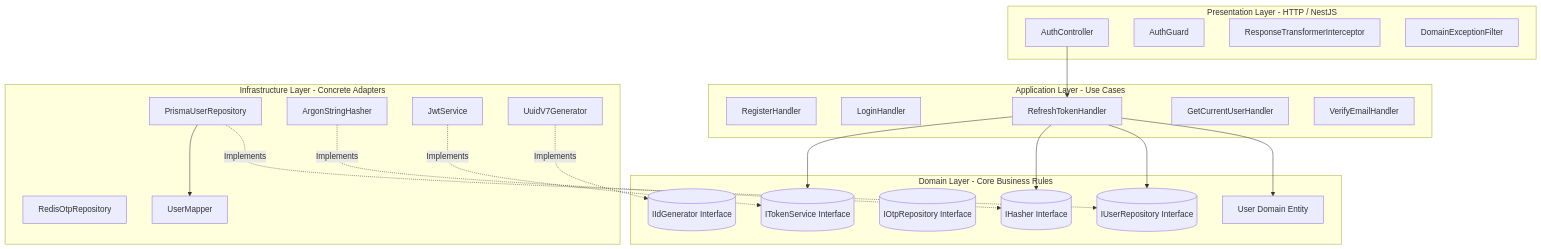
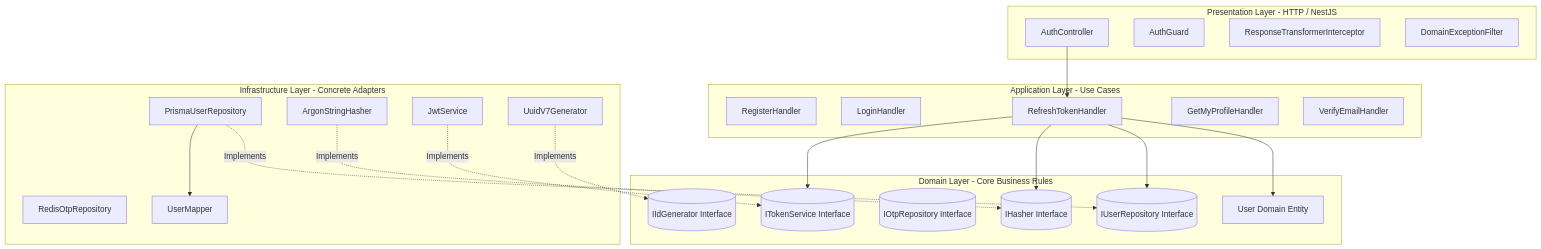
The first of 3 diagrams in README.md (MurhafMoussa/quiz-management-system), drawn with Mermaid before and after one commit. The commit also changed other lines of this file, not shown here.

````diff
--- a/README.md
+++ b/README.md
@@ -55,47 +55,47 @@
 ```mermaid
 graph TD
     subgraph Presentation Layer [Presentation Layer - HTTP / NestJS]
         AC[AuthController]
         AG[AuthGuard]
         RTI[ResponseTransformerInterceptor]
         DEF[DomainExceptionFilter]
     end
 
     subgraph Application Layer [Application Layer - Use Cases]
         RH[RegisterHandler]
         LH[LoginHandler]
         RTH[RefreshTokenHandler]
-        GCU[GetCurrentUserHandler]
+        GMP[GetMyProfileHandler]
         VEH[VerifyEmailHandler]
     end
 
     subgraph Domain Layer [Domain Layer - Core Business Rules]
         UE[User Domain Entity]
         URI[(IUserRepository Interface)]
         ORI[(IOtpRepository Interface)]
         HSI[(IHasher Interface)]
         TSI[(ITokenService Interface)]
         IDG[(IIdGenerator Interface)]
     end
 
     subgraph Infrastructure Layer [Infrastructure Layer - Concrete Adapters]
         PUR[PrismaUserRepository]
         ROR[RedisOtpRepository]
         UM[UserMapper]
         ASH[ArgonStringHasher]
         JWT[JwtService]
         UUID[UuidV7Generator]
     end
 
     AC --> RTH
     RTH --> UE
     RTH --> URI
     RTH --> HSI
     RTH --> TSI
 
     PUR -. Implements .-> URI
     PUR --> UM
     ASH -. Implements .-> HSI
     JWT -. Implements .-> TSI
     UUID -. Implements .-> IDG
 ```
````
